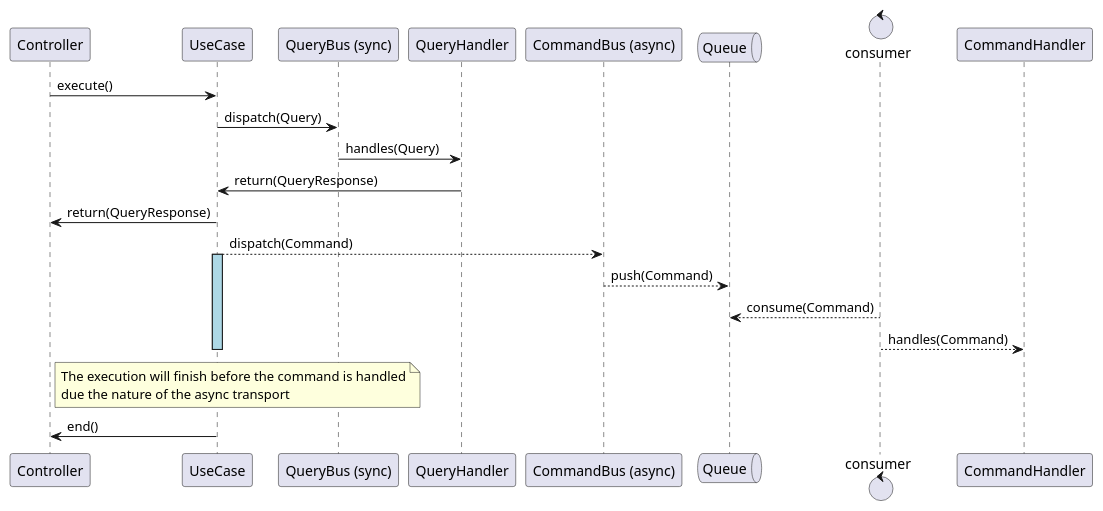
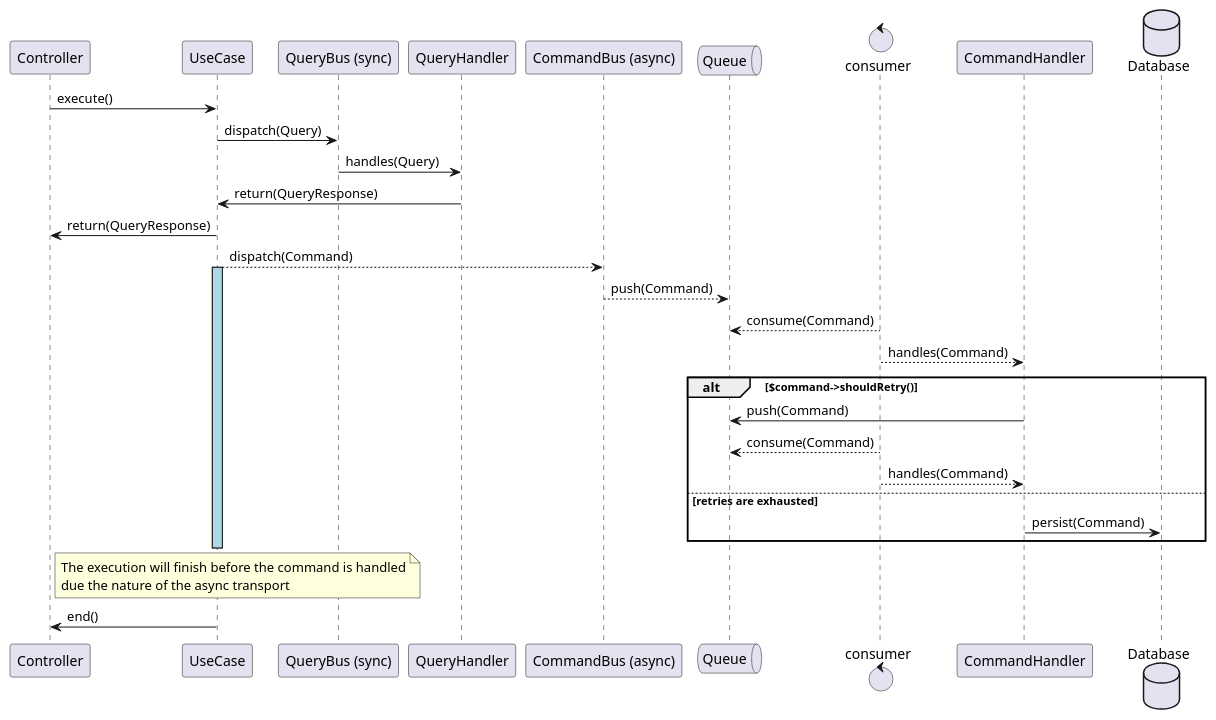
The diagram in README.md (Equation-Labs-I-O/eqlabs-playground-php-slim-messenger), drawn with PlantUML before and after one commit. The commit also changed other lines of this file, not shown here.

Commit message:
add retry flow on sequence diagram

````diff
--- a/README.md
+++ b/README.md
@@ -51,29 +43,37 @@
 ```plantuml
 
 participant "Controller" as controller
 participant "UseCase" as use_case
 participant "QueryBus (sync)" as query_bus
 participant "QueryHandler" as query_handler
 participant "CommandBus (async)" as command_bus
 queue "Queue" as queue
 control "consumer" as consumer
 participant "CommandHandler" as command_handler
+database "Database" as db
 
 controller -> use_case: execute()
 use_case -> query_bus: dispatch(Query)
 query_bus -> query_handler: handles(Query)
 query_handler -> use_case: return(QueryResponse)
 use_case -> controller: return(QueryResponse)
 use_case --> command_bus: dispatch(Command)
 activate use_case #lightblue
 command_bus --> queue: push(Command)
 queue <-- consumer: consume(Command)
 consumer --> command_handler: handles(Command)
+alt $command->shouldRetry()
+  command_handler -> queue: push(Command)
+  queue <-- consumer: consume(Command)
+  consumer --> command_handler: handles(Command)
+else retries are exhausted
+  command_handler -> db: persist(Command)
+end
 deactivate use_case
 note right of controller
   The execution will finish before the command is handled
   due the nature of the async transport
 end note
 controller <- use_case: end()
 
 ```
````
